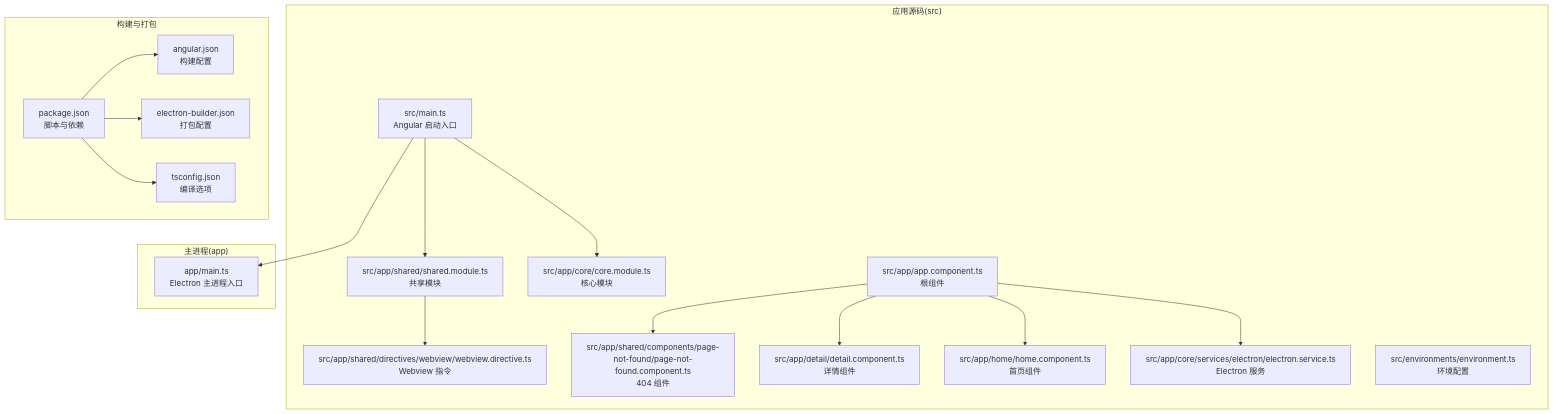
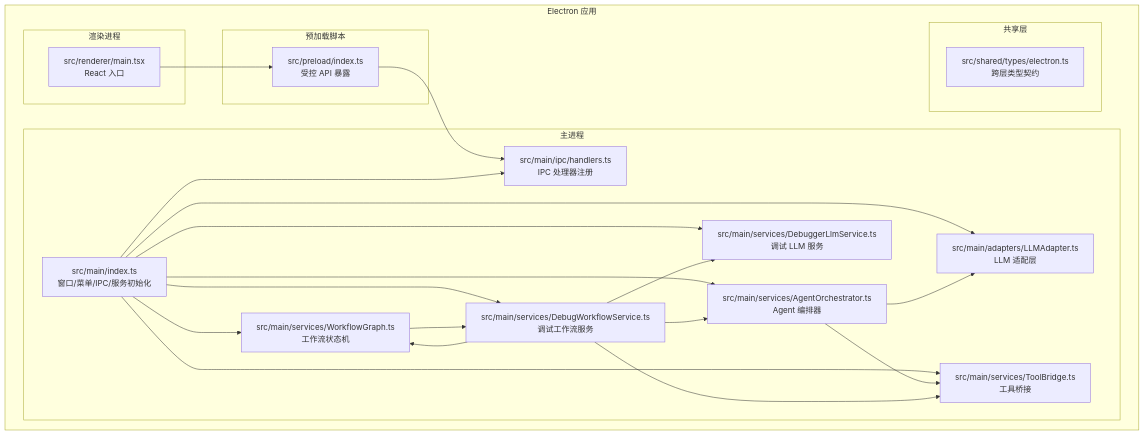
One commit to haolange/RDC-Agent changed the first of 8 diagrams in .qoder/repowiki/zh/content/架构设计/架构设计.md. Above: the diagram before and after it, drawn with Mermaid. The commit also changed other lines of this file and 84 other files, not shown here.

````diff
--- a/.qoder/repowiki/zh/content/架构设计/架构设计.md
+++ b/.qoder/repowiki/zh/content/架构设计/架构设计.md
@@ -45,35 +44,40 @@
 ```mermaid
 graph TB
-subgraph "应用源码(src)"
-A_main["src/main.ts<br/>Angular 启动入口"]
-A_core["src/app/core/core.module.ts<br/>核心模块"]
-A_shared["src/app/shared/shared.module.ts<br/>共享模块"]
-A_eSvc["src/app/core/services/electron/electron.service.ts<br/>Electron 服务"]
-A_appC["src/app/app.component.ts<br/>根组件"]
-A_home["src/app/home/home.component.ts<br/>首页组件"]
-A_detail["src/app/detail/detail.component.ts<br/>详情组件"]
-A_webview["src/app/shared/directives/webview/webview.directive.ts<br/>Webview 指令"]
-A_pnf["src/app/shared/components/page-not-found/page-not-found.component.ts<br/>404 组件"]
-A_env["src/environments/environment.ts<br/>环境配置"]
+subgraph "Electron 应用"
+subgraph "主进程"
+MAIN["src/main/index.ts<br/>窗口/菜单/IPC/服务初始化"]
+IPC["src/main/ipc/handlers.ts<br/>IPC 处理器注册"]
+WF["src/main/services/WorkflowGraph.ts<br/>工作流状态机"]
+DWS["src/main/services/DebugWorkflowService.ts<br/>调试工作流服务"]
+AO["src/main/services/AgentOrchestrator.ts<br/>Agent 编排器"]
+LLMA["src/main/adapters/LLMAdapter.ts<br/>LLM 适配层"]
+DL["src/main/services/DebuggerLlmService.ts<br/>调试 LLM 服务"]
+TB["src/main/services/ToolBridge.ts<br/>工具桥接"]
 end
-subgraph "主进程(app)"
-M_main["app/main.ts<br/>Electron 主进程入口"]
+subgraph "预加载脚本"
+PRE["src/preload/index.ts<br/>受控 API 暴露"]
 end
-subgraph "构建与打包"
-G_angular["angular.json<br/>构建配置"]
-G_pkg["package.json<br/>脚本与依赖"]
-G_builder["electron-builder.json<br/>打包配置"]
-G_ts["tsconfig.json<br/>编译选项"]
+subgraph "渲染进程"
+RENDER["src/renderer/main.tsx<br/>React 入口"]
 end
-A_main --> A_core
-A_main --> A_shared
-A_appC --> A_eSvc
-A_appC --> A_home
-A_appC --> A_detail
-A_appC --> A_pnf
-A_shared --> A_webview
-A_main --> M_main
-G_pkg --> G_angular
-G_pkg --> G_builder
-G_pkg --> G_ts
+subgraph "共享层"
+TYPES["src/shared/types/electron.ts<br/>跨层类型契约"]
+end
+end
+RENDER --> PRE
+PRE --> IPC
+MAIN --> IPC
+MAIN --> WF
+MAIN --> DWS
+MAIN --> AO
+MAIN --> LLMA
+MAIN --> DL
+MAIN --> TB
+WF --> DWS
+AO --> LLMA
+AO --> TB
+DWS --> WF
+DWS --> AO
+DWS --> DL
+DWS --> TB
 ```
````
